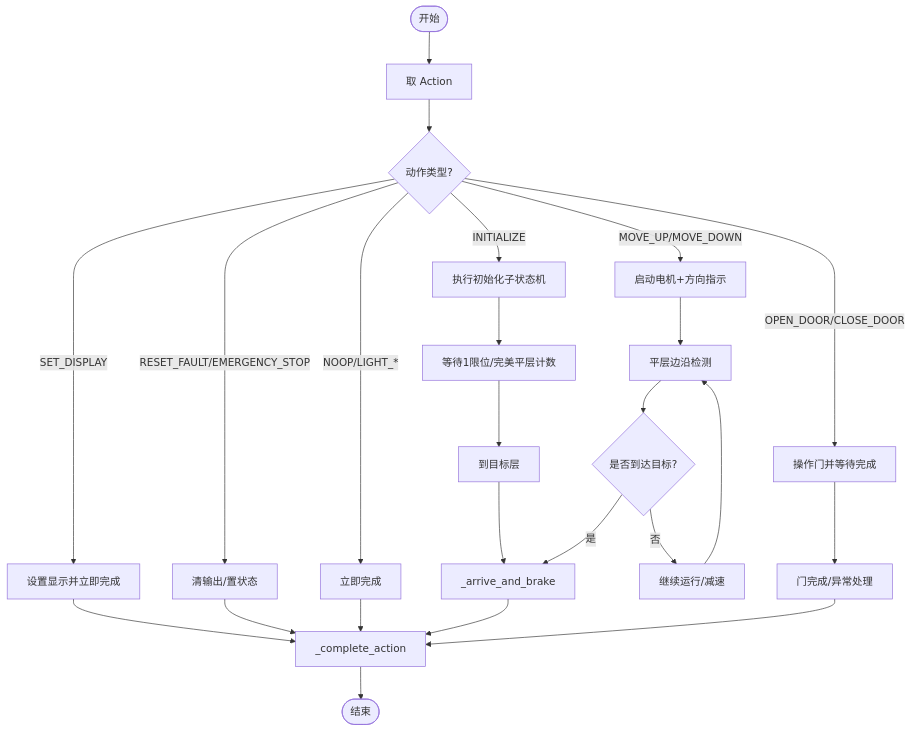
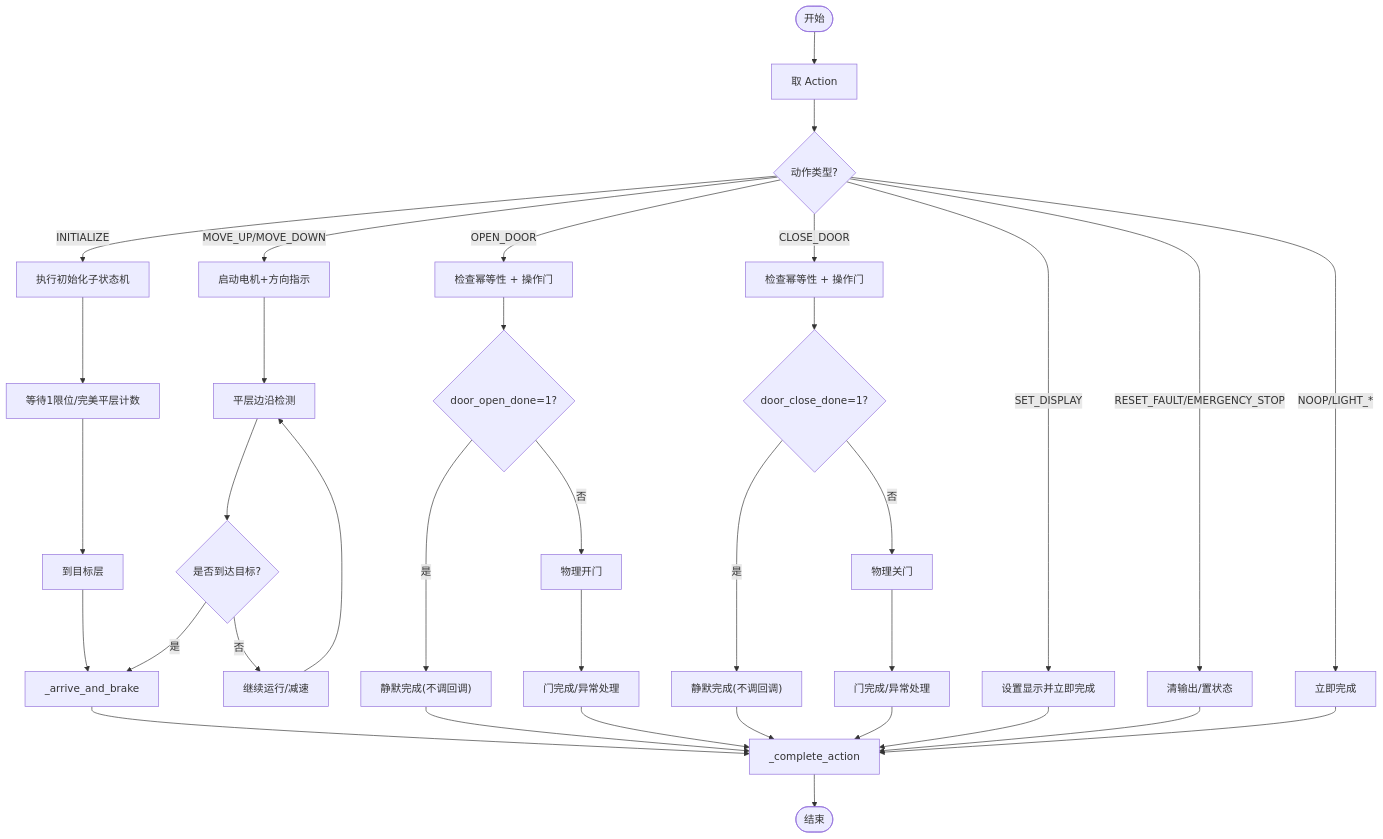
The fifth of 10 diagrams in .qoder/repowiki/zh/content/接口契约/接口契约.md (xmb505/Haku_EET), drawn with Mermaid before and after one commit. The commit also changed other lines of this file and 27 other files, not shown here.

````diff
--- a/.qoder/repowiki/zh/content/接口契约/接口契约.md
+++ b/.qoder/repowiki/zh/content/接口契约/接口契约.md
@@ -256,26 +271,37 @@
 ```mermaid
 flowchart TD
 Start(["开始"]) --> GetAction["取 Action"]
 GetAction --> Dispatch{"动作类型?"}
 Dispatch --> |INITIALIZE| Init["执行初始化子状态机"]
 Dispatch --> |MOVE_UP/MOVE_DOWN| Move["启动电机+方向指示"]
-Dispatch --> |OPEN_DOOR/CLOSE_DOOR| Door["操作门并等待完成"]
+Dispatch --> |OPEN_DOOR| OpenDoor["检查幂等性 + 操作门"]
+Dispatch --> |CLOSE_DOOR| CloseDoor["检查幂等性 + 操作门"]
 Dispatch --> |SET_DISPLAY| Display["设置显示并立即完成"]
 Dispatch --> |RESET_FAULT/EMERGENCY_STOP| Fault["清输出/置状态"]
 Dispatch --> |NOOP/LIGHT_*| Noop["立即完成"]
 Init --> WaitLimit["等待1限位/完美平层计数"]
 WaitLimit --> Arrive["到目标层"]
 Arrive --> Brake["_arrive_and_brake"]
 Move --> Level["平层边沿检测"]
 Level --> CheckTarget{"是否到达目标?"}
 CheckTarget --> |是| Brake
 CheckTarget --> |否| ContinueMove["继续运行/减速"]
 ContinueMove --> Level
-Door --> DoorDone["门完成/异常处理"]
-Display --> Done["_complete_action"]
+OpenDoor --> IdempotentCheck{"door_open_done=1?"}
+IdempotentCheck --> |是| SilentComplete["静默完成(不调回调)"]
+IdempotentCheck --> |否| PhysicalOpen["物理开门"]
+CloseDoor --> IdempotentCheck2{"door_close_done=1?"}
+IdempotentCheck2 --> |是| SilentComplete2["静默完成(不调回调)"]
+IdempotentCheck2 --> |否| PhysicalClose["物理关门"]
+PhysicalOpen --> DoorDone["门完成/异常处理"]
+PhysicalClose --> DoorDone2["门完成/异常处理"]
+SilentComplete --> Done["_complete_action"]
+SilentComplete2 --> Done
+DoorDone --> Done
+DoorDone2 --> Done
+Display --> Done
 Fault --> Done
 Noop --> Done
 Brake --> Done
-DoorDone --> Done
 Done --> End(["结束"])
 ```
````
